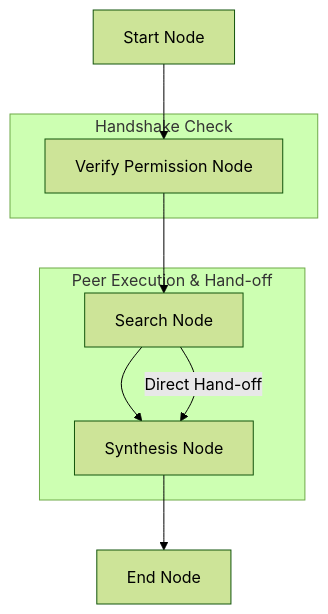
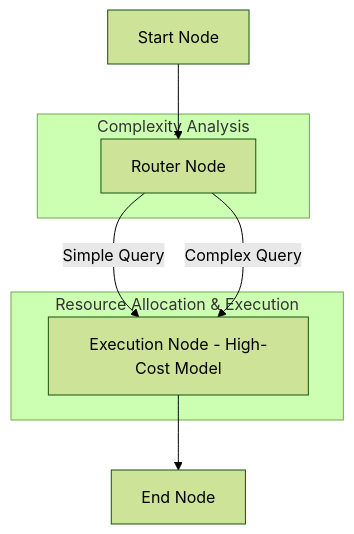
The diagram in README.md (Adrian-patrick/agentic-ai-design-patterns), drawn with Mermaid (forest theme) before and after one commit. The commit also changed other lines of this file and 11 other files, not shown here.

````diff
--- a/README.md
+++ b/README.md
@@ -15,15 +15,15 @@
 ```mermaid
 graph TD
-    StartNode[Start Node] --> VerifyPermissionNode[Verify Permission Node]
-    VerifyPermissionNode --> SearchNode[Search Node]
-    SearchNode --> SynthesisNode[Synthesis Node]
-    SynthesisNode --> EndNode[End Node]
+    StartNode[Start Node] --> RouterNode[Router Node]
+    RouterNode -->|Simple Query| ExecutionNode[Execution Node - Low-Cost Model]
+    RouterNode -->|Complex Query| ExecutionNode[Execution Node - High-Cost Model]
+    ExecutionNode --> EndNode[End Node]
 
-    subgraph "Handshake Check"
-        VerifyPermissionNode
+    subgraph "Complexity Analysis"
+        RouterNode
     end
 
-    subgraph "Peer Execution & Hand-off"
-        SearchNode -->|Direct Hand-off| SynthesisNode
+    subgraph "Resource Allocation & Execution"
+        ExecutionNode
     end
 ```
````
